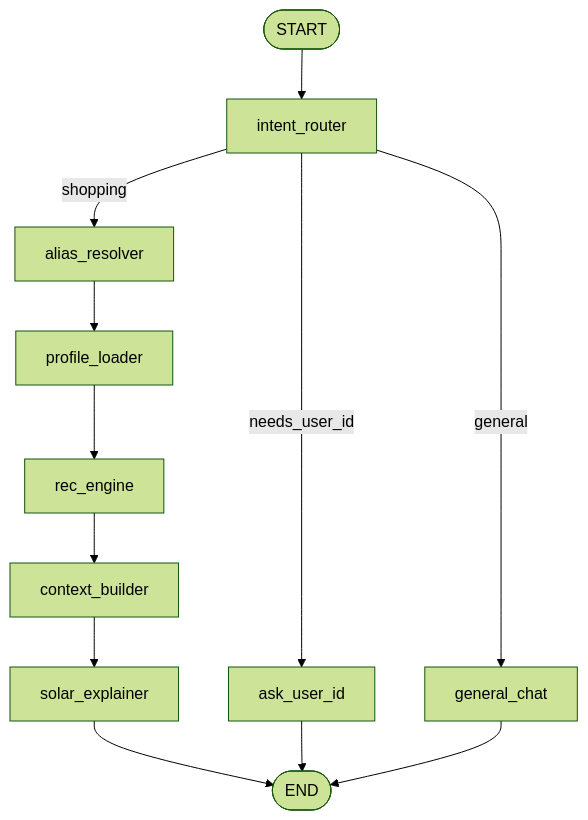
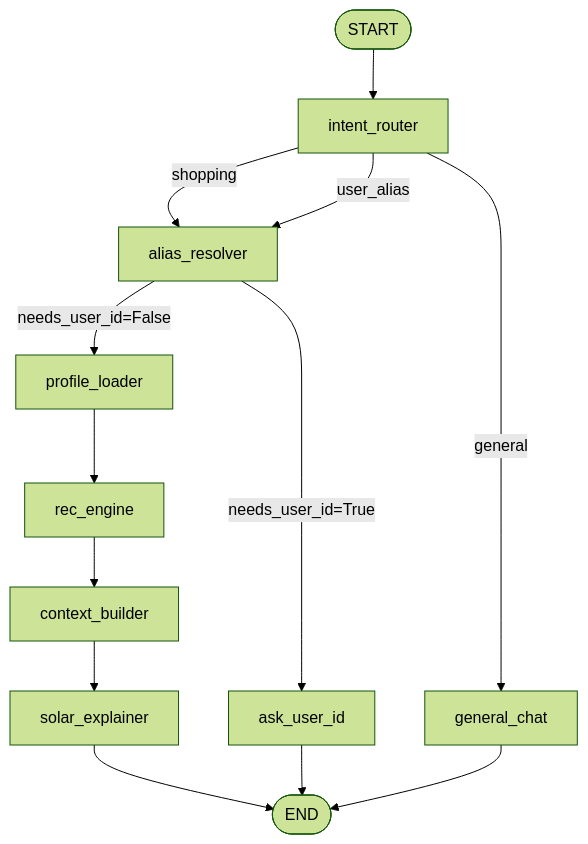
Before and after one commit to WanYoung-Oh/recsys: the second of 2 diagrams in docs/LLM_Based_EC_RecSys_MVP.md, drawn with Mermaid (forest theme). The commit also changed other lines of this file, not shown here.

````diff
--- a/docs/LLM_Based_EC_RecSys_MVP.md
+++ b/docs/LLM_Based_EC_RecSys_MVP.md
@@ -411,17 +529,18 @@
 ```mermaid
 flowchart TD
   START([START]) --> intent_router
 
   intent_router -->|shopping| alias_resolver
+  intent_router -->|user_alias| alias_resolver
   intent_router -->|general| general_chat
-  intent_router -->|needs_user_id| ask_user_id
 
-  alias_resolver --> profile_loader
+  alias_resolver -->|needs_user_id=False| profile_loader
+  alias_resolver -->|needs_user_id=True| ask_user_id
   profile_loader --> rec_engine
   rec_engine --> context_builder
   context_builder --> solar_explainer
   solar_explainer --> END([END])
 
   ask_user_id --> END
   general_chat --> END
 ```
````
